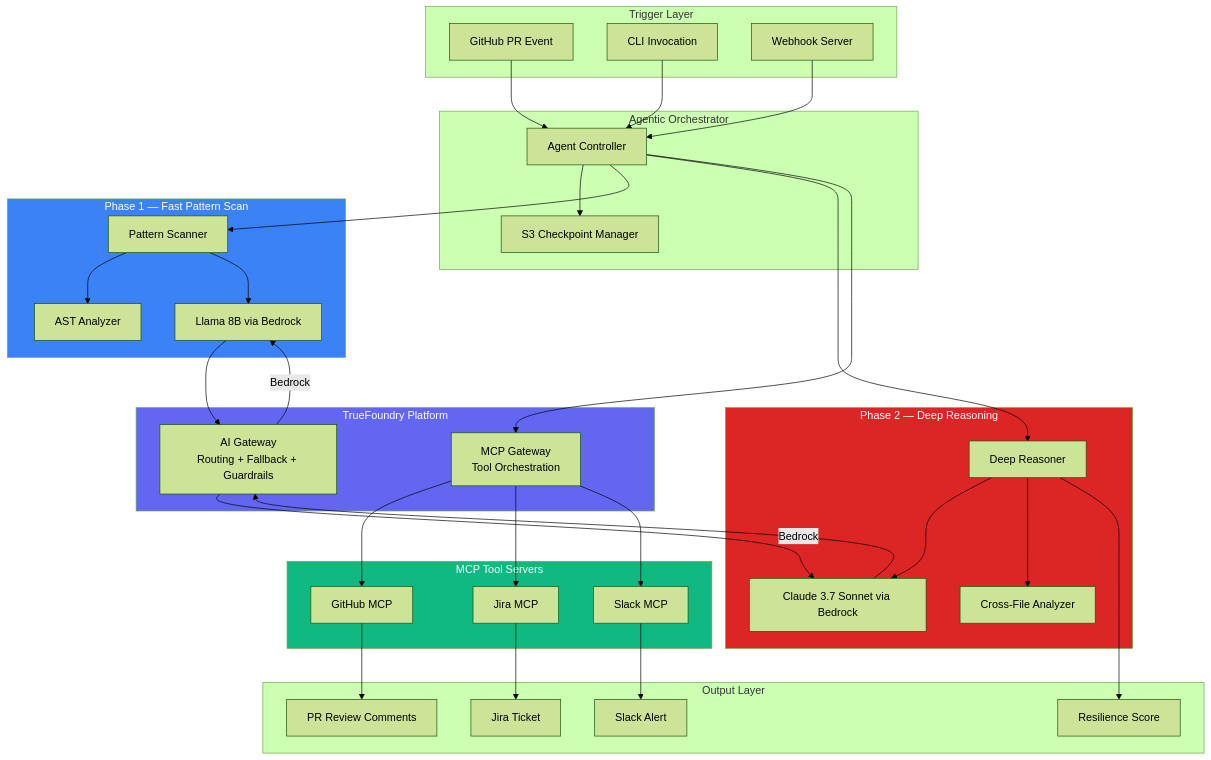
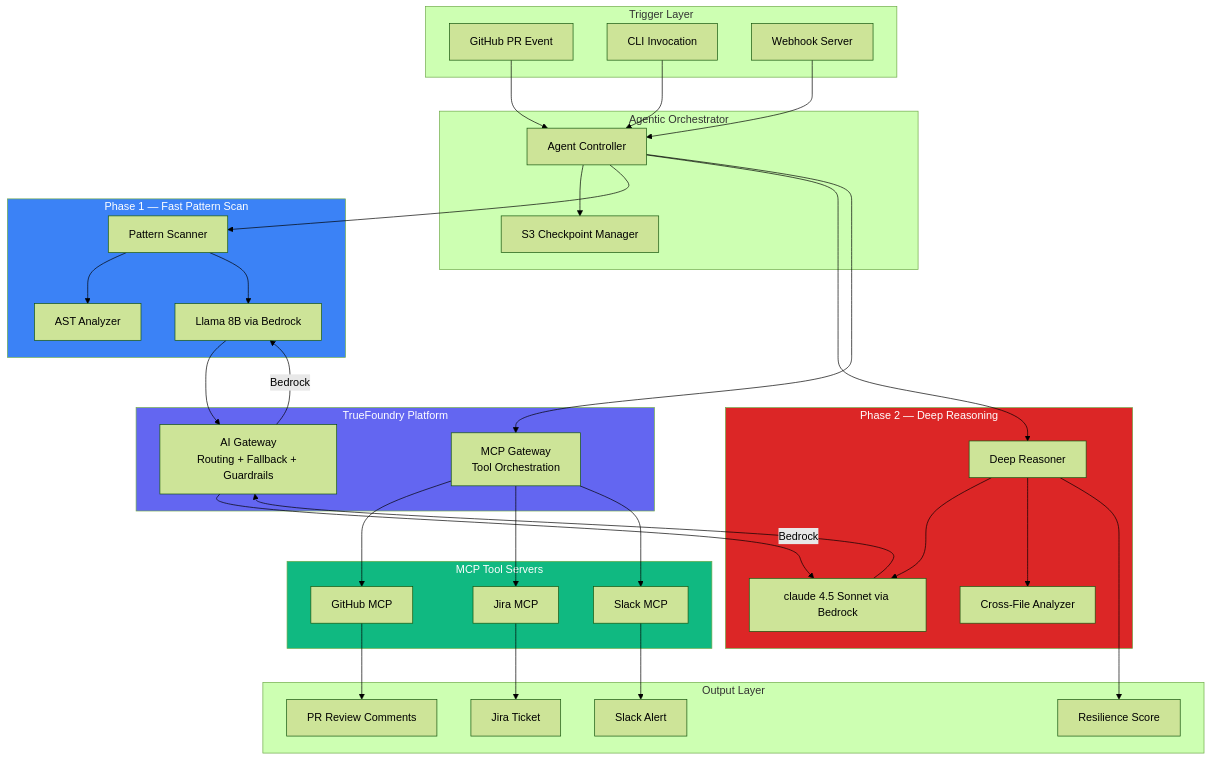
One commit to Deevyam/Faultline changed the diagram in README.md. Above: the diagram before and after it, drawn with Mermaid (forest theme). The commit also changed other lines of this file and 21 other files, not shown here.

````diff
--- a/README.md
+++ b/README.md
@@ -65,76 +65,76 @@
 ```mermaid
 graph TB
     subgraph Trigger["Trigger Layer"]
         PR[GitHub PR Event]
         CLI[CLI Invocation]
         WH[Webhook Server]
     end
 
     subgraph Orchestrator["Agentic Orchestrator"]
         AG[Agent Controller]
         CP[S3 Checkpoint Manager]
     end
 
     subgraph Phase1["Phase 1 — Fast Pattern Scan"]
         PS[Pattern Scanner]
         AST[AST Analyzer]
         LL[Llama 8B via Bedrock]
     end
 
     subgraph Phase2["Phase 2 — Deep Reasoning"]
         DR[Deep Reasoner]
-        CL[Claude 3.7 Sonnet via Bedrock]
+        CL[claude 4.5 Sonnet via Bedrock]
         CF[Cross-File Analyzer]
     end
 
     subgraph TrueFoundry["TrueFoundry Platform"]
         GW[AI Gateway<br/>Routing + Fallback + Guardrails]
         MCP[MCP Gateway<br/>Tool Orchestration]
     end
 
     subgraph Tools["MCP Tool Servers"]
         GH[GitHub MCP]
         JI[Jira MCP]
         SL[Slack MCP]
     end
 
     subgraph Output["Output Layer"]
         RC[PR Review Comments]
         RS[Resilience Score]
         JT[Jira Ticket]
         SA[Slack Alert]
     end
 
     PR --> AG
     CLI --> AG
     WH --> AG
 
     AG --> CP
     AG --> PS
     PS --> AST
     PS --> LL
     LL --> GW
 
     AG --> DR
     DR --> CL
     DR --> CF
     CL --> GW
 
     GW --> |Bedrock| LL
     GW --> |Bedrock| CL
 
     AG --> MCP
     MCP --> GH
     MCP --> JI
     MCP --> SL
 
     GH --> RC
     DR --> RS
     JI --> JT
     SL --> SA
 
     style TrueFoundry fill:#6366f1,color:#fff
     style Phase1 fill:#3b82f6,color:#fff
     style Phase2 fill:#dc2626,color:#fff
     style Tools fill:#10b981,color:#fff
 ```
````
